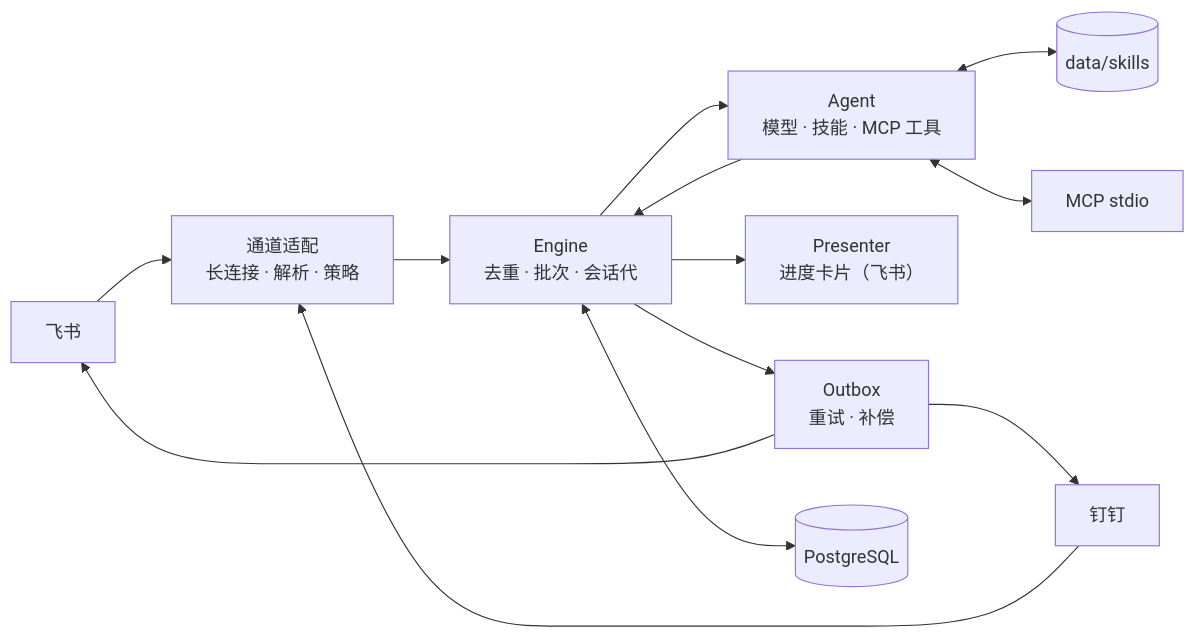
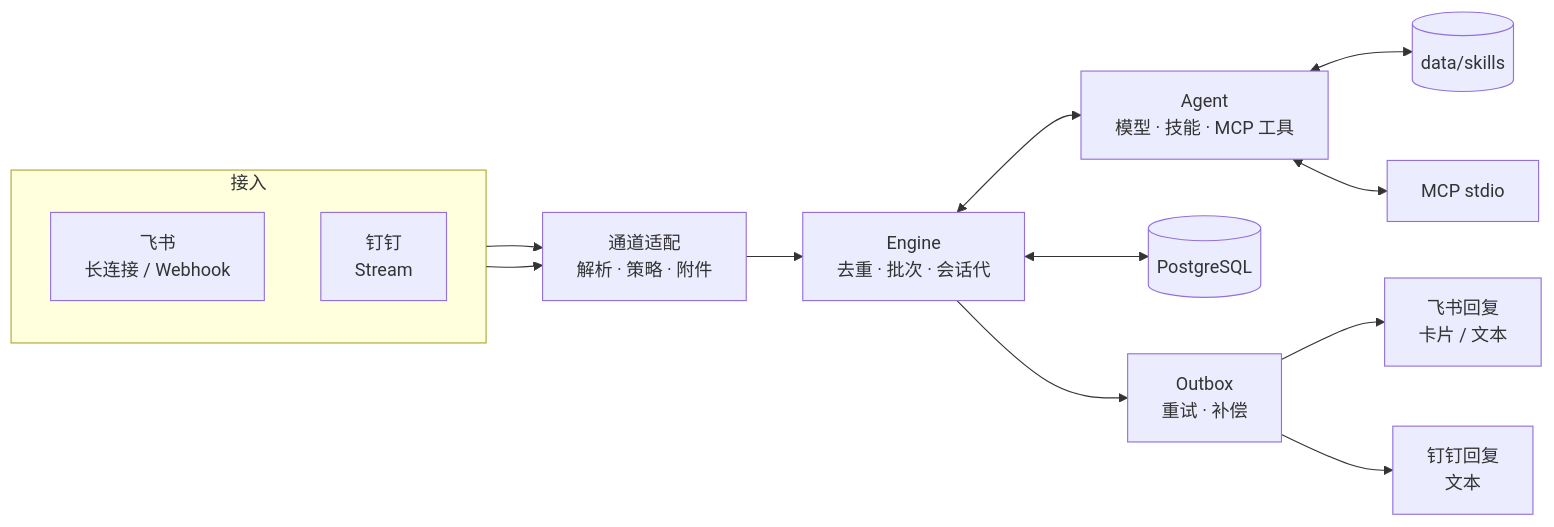
One commit to dongdonglog/Agenthub changed the diagram in README.md. Above: the diagram before and after it, drawn with Mermaid. The commit also changed other lines of this file, not shown here.

Commit message:
docs: 架构图区分飞书/钉钉两条链路
- 入站两路汇入通道适配，出站按来源通道分别回复
- 明确入站/出站两条链路，避免图上看成一条

````diff
--- a/README.md
+++ b/README.md
@@ -48,15 +48,18 @@
 ```mermaid
 flowchart LR
-    FS[飞书] --> C[通道适配<br/>长连接 · 解析 · 策略]
-    DT[钉钉] --> C
-    C --> E[Engine<br/>去重 · 批次 · 会话代]
-    E --> A[Agent<br/>模型 · 技能 · MCP 工具]
-    A --> E
-    E --> P[Presenter<br/>进度卡片（飞书）]
-    E --> O[Outbox<br/>重试 · 补偿]
-    O --> FS
-    O --> DT
+    subgraph IN[接入]
+      direction TB
+      FS[飞书<br/>长连接 / Webhook]
+      DT[钉钉<br/>Stream]
+    end
+    FS --> AD[通道适配<br/>解析 · 策略 · 附件]
+    DT --> AD
+    AD --> E[Engine<br/>去重 · 批次 · 会话代]
+    E <--> A[Agent<br/>模型 · 技能 · MCP 工具]
     E <--> DB[(PostgreSQL)]
     A <--> SK[(data/skills)]
     A <--> MCP[MCP stdio]
+    E --> O[Outbox<br/>重试 · 补偿]
+    O --> FR[飞书回复<br/>卡片 / 文本]
+    O --> DR[钉钉回复<br/>文本]
 ```
````
